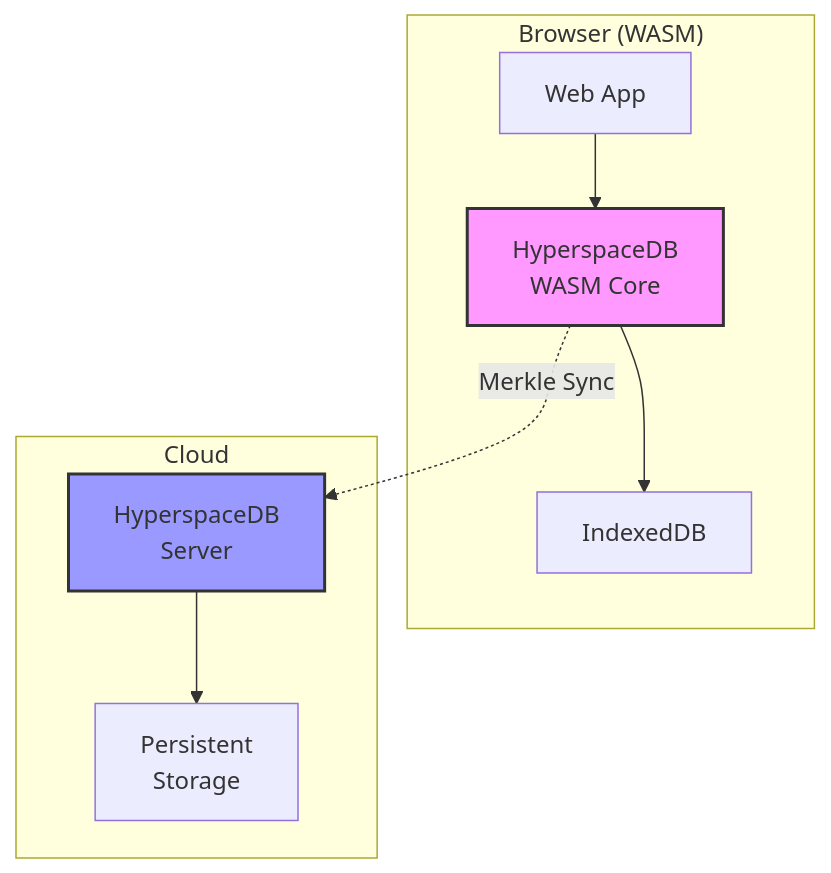
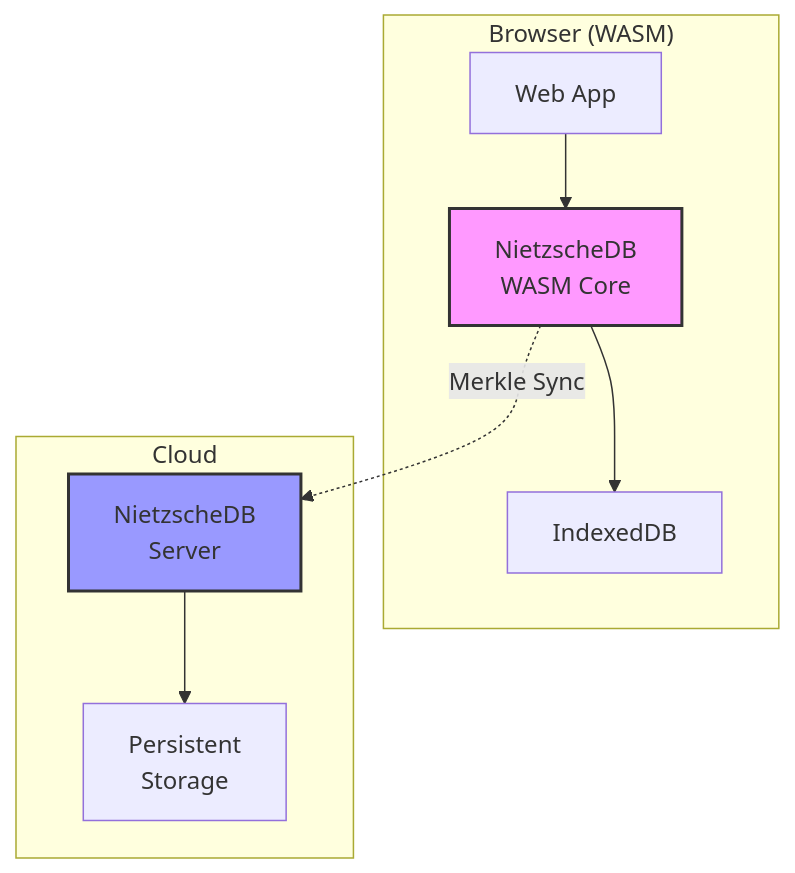
The eighth of 9 diagrams in docs/architecture/ARCHITECTURE.md (JoseRFJuniorLLMs/NietzscheDB), drawn with Mermaid before and after one commit. The commit also changed other lines of this file and 291 other files, not shown here.

````diff
--- a/docs/architecture/ARCHITECTURE.md
+++ b/docs/architecture/ARCHITECTURE.md
@@ -517,21 +517,21 @@
 ```mermaid
 graph TB
     subgraph "Browser (WASM)"
         WASM_APP[Web App]
-        WASM_DB[HyperspaceDB<br/>WASM Core]
+        WASM_DB[NietzscheDB<br/>WASM Core]
         IDB[IndexedDB]
     end
     
     subgraph "Cloud"
-        SERVER[HyperspaceDB<br/>Server]
+        SERVER[NietzscheDB<br/>Server]
         DISK[Persistent<br/>Storage]
     end
     
     WASM_APP --> WASM_DB
     WASM_DB --> IDB
     WASM_DB -.Merkle Sync.-> SERVER
     SERVER --> DISK
     
     style WASM_DB fill:#f9f,stroke:#333,stroke-width:2px
     style SERVER fill:#99f,stroke:#333,stroke-width:2px
 ```
````
